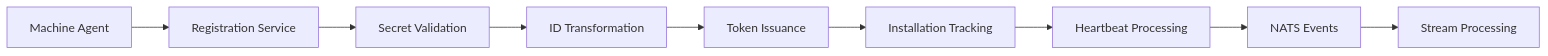
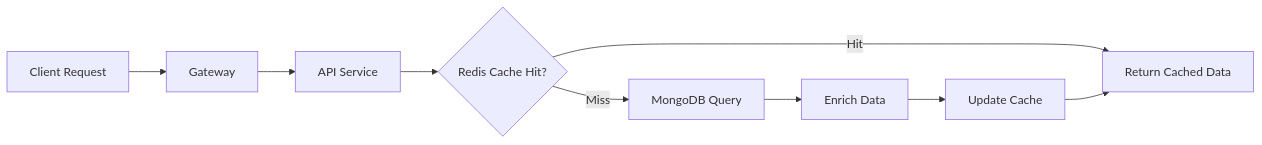
The eighth of 18 diagrams in docs/development/architecture/README.md (flamingo-stack/openframe-oss-lib), drawn with Mermaid before and after one commit. The commit also changed other lines of this file and 212 other files, not shown here.

````diff
--- a/docs/development/architecture/README.md
+++ b/docs/development/architecture/README.md
@@ -269,11 +327,11 @@
 ```mermaid
 flowchart LR
-    Agent[Machine Agent] --> Register[Registration Service]
-    Register --> Validate[Secret Validation]
-    Validate --> Transform[ID Transformation]
-    Transform --> OAuth[Token Issuance]
-    OAuth --> Track[Installation Tracking]
-    Track --> Heartbeat[Heartbeat Processing]
-    Heartbeat --> NATS[NATS Events]
-    NATS --> StreamProcessing[Stream Processing]
+    Client[Client Request] --> Gateway[Gateway]
+    Gateway --> API[API Service]
+    API --> Cache{Redis Cache Hit?}
+    Cache -->|Hit| Return[Return Cached Data]
+    Cache -->|Miss| DB[MongoDB Query]
+    DB --> Enrich[Enrich Data]
+    Enrich --> UpdateCache[Update Cache]
+    UpdateCache --> Return
 ```
````
